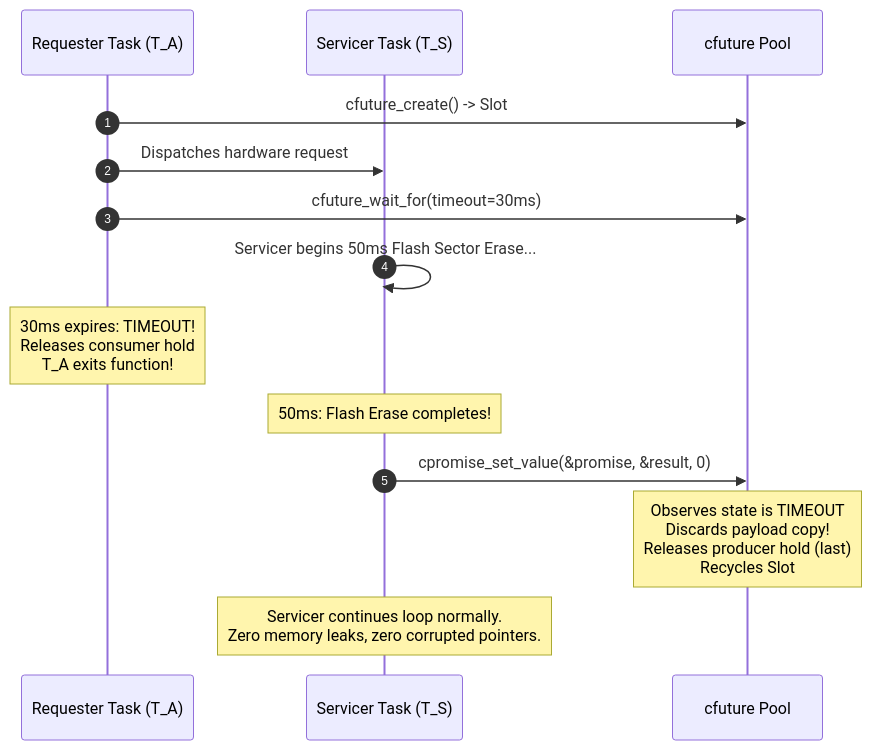
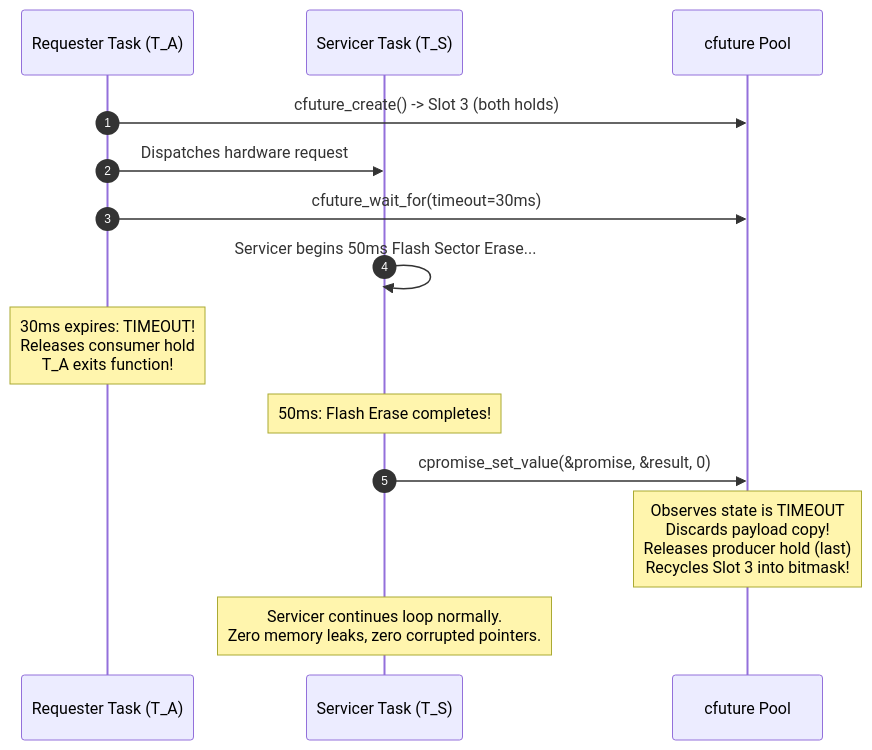
Before and after one commit to Mrunmoy/janus: the fifth of 6 diagrams in README.md, drawn with Mermaid. The commit also changed other lines of this file and 1 other file, not shown here.

Commit message:
docs: fix truncated and crowded mermaid diagrams, gate against '#' in mermaid

````diff
--- a/README.md
+++ b/README.md
@@ -438,17 +438,17 @@
 ```mermaid
 sequenceDiagram
     autonumber
     participant A as Requester Task (T_A)
     participant S as Servicer Task (T_S)
     participant P as cfuture Pool
 
-    A->>P: cfuture_create() -> Slot #3 (both holds)
+    A->>P: cfuture_create() -> Slot 3 (both holds)
     A->>S: Dispatches hardware request
     A->>P: cfuture_wait_for(timeout=30ms)
     S->>S: Servicer begins 50ms Flash Sector Erase...
     Note over A: 30ms expires: TIMEOUT!<br/>Releases consumer hold<br/>T_A exits function!
     Note over S: 50ms: Flash Erase completes!
     S->>P: cpromise_set_value(&promise, &result, 0)
-    Note over P: Observes state is TIMEOUT<br/>Discards payload copy!<br/>Releases producer hold (last)<br/>Recycles Slot #3 into bitmask!
+    Note over P: Observes state is TIMEOUT<br/>Discards payload copy!<br/>Releases producer hold (last)<br/>Recycles Slot 3 into bitmask!
     Note over S: Servicer continues loop normally.<br/>Zero memory leaks, zero corrupted pointers.
 ```
````
